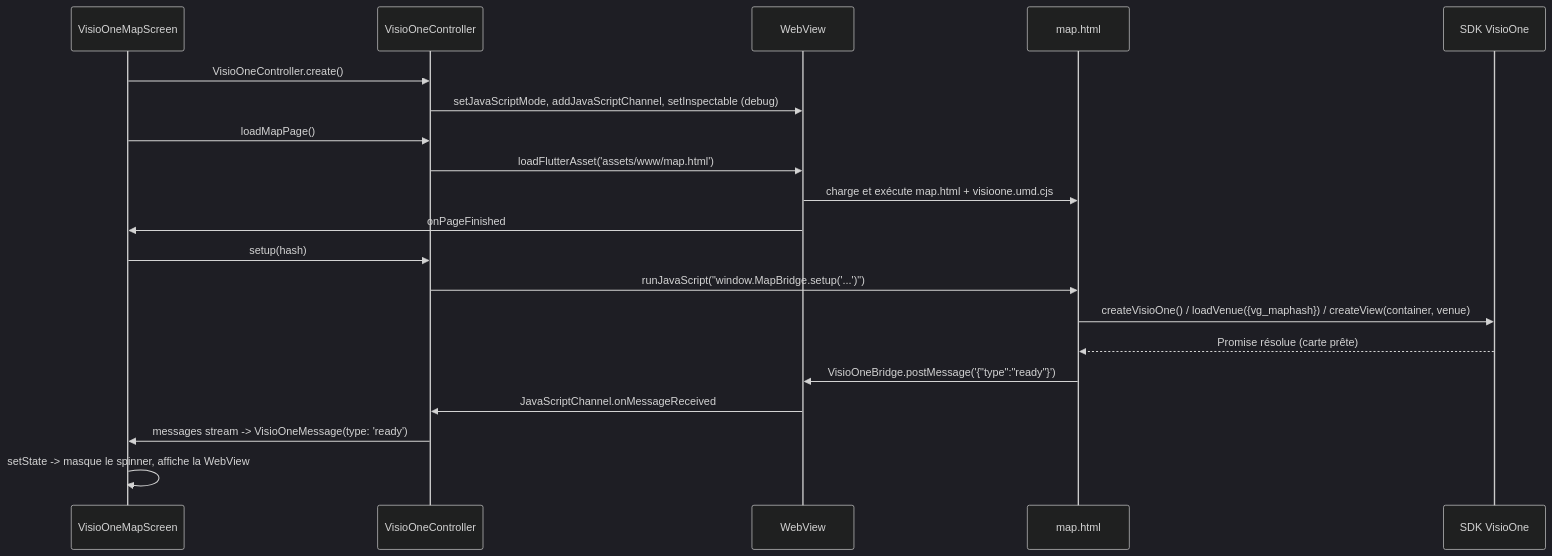
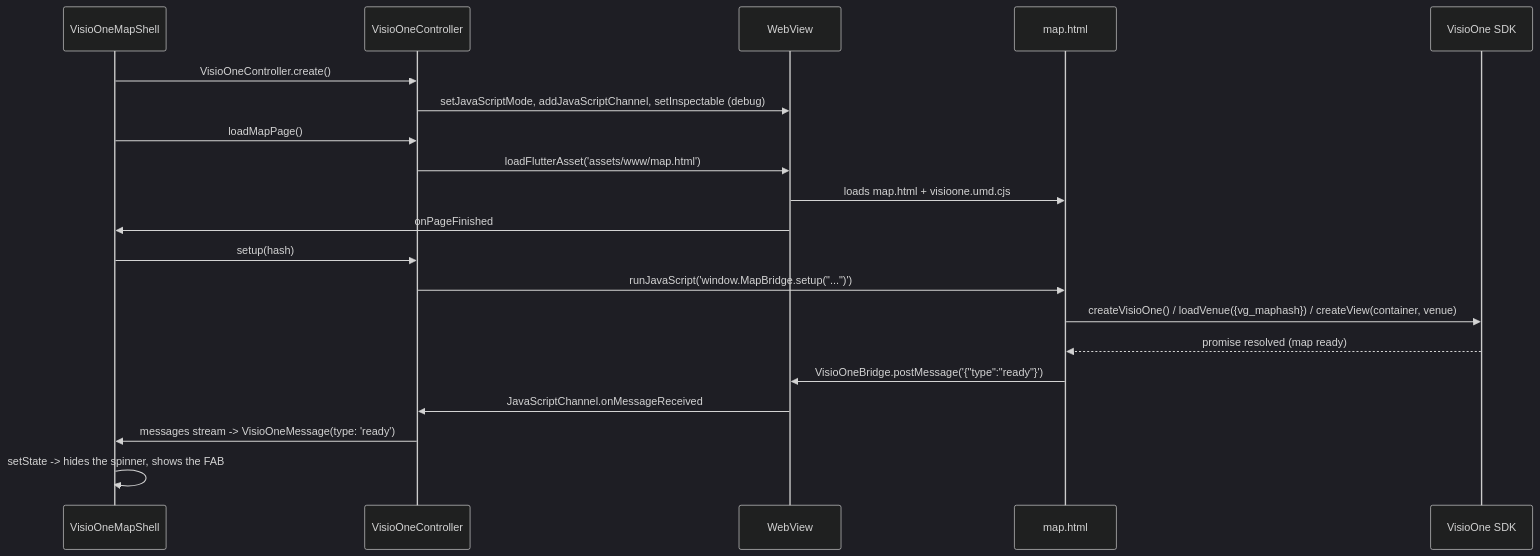
One commit to visioglobe-sas/VisioOneMeetFlutter changed the third of 3 diagrams in docs/ARCHITECTURE.md. Above: the diagram before and after it, drawn with Mermaid (dark theme). The commit also changed other lines of this file and 24 other files, not shown here.

````diff
--- a/docs/ARCHITECTURE.md
+++ b/docs/ARCHITECTURE.md
@@ -70,23 +69,23 @@
 ```mermaid
 sequenceDiagram
-  participant UI as VisioOneMapScreen
+  participant UI as VisioOneMapShell
   participant Ctrl as VisioOneController
   participant WV as WebView
   participant JS as map.html
-  participant SDK as SDK VisioOne
+  participant SDK as VisioOne SDK
 
   UI->>Ctrl: VisioOneController.create()
   Ctrl->>WV: setJavaScriptMode, addJavaScriptChannel, setInspectable (debug)
   UI->>Ctrl: loadMapPage()
   Ctrl->>WV: loadFlutterAsset('assets/www/map.html')
-  WV->>JS: charge et exécute map.html + visioone.umd.cjs
+  WV->>JS: loads map.html + visioone.umd.cjs
   WV->>UI: onPageFinished
   UI->>Ctrl: setup(hash)
-  Ctrl->>JS: runJavaScript("window.MapBridge.setup('...')")
+  Ctrl->>JS: runJavaScript('window.MapBridge.setup("...")')
   JS->>SDK: createVisioOne() / loadVenue({vg_maphash}) / createView(container, venue)
-  SDK-->>JS: Promise résolue (carte prête)
+  SDK-->>JS: promise resolved (map ready)
   JS->>WV: VisioOneBridge.postMessage('{"type":"ready"}')
   WV->>Ctrl: JavaScriptChannel.onMessageReceived
   Ctrl->>UI: messages stream -> VisioOneMessage(type: 'ready')
-  UI->>UI: setState -> masque le spinner, affiche la WebView
+  UI->>UI: setState -> hides the spinner, shows the FAB
 ```
````
